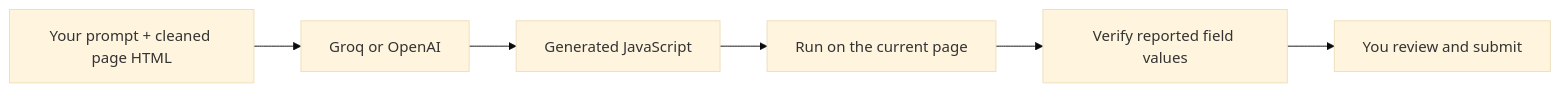
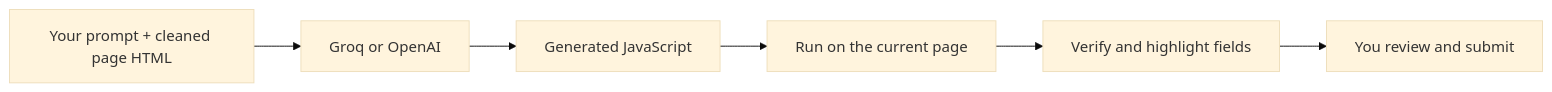
The diagram in README.md (DavideWasTaken/AI-Form-Autocompiler), drawn with Mermaid (base theme) before and after one commit. The commit also changed other lines of this file and 21 other files, not shown here.

````diff
--- a/README.md
+++ b/README.md
@@ -81,8 +85,8 @@
 ```mermaid
 flowchart LR
     A[Your prompt + cleaned page HTML] --> B[Groq or OpenAI]
     B --> C[Generated JavaScript]
     C --> D[Run on the current page]
-    D --> E[Verify reported field values]
+    D --> E[Verify and highlight fields]
     E --> F[You review and submit]
 ```
````
